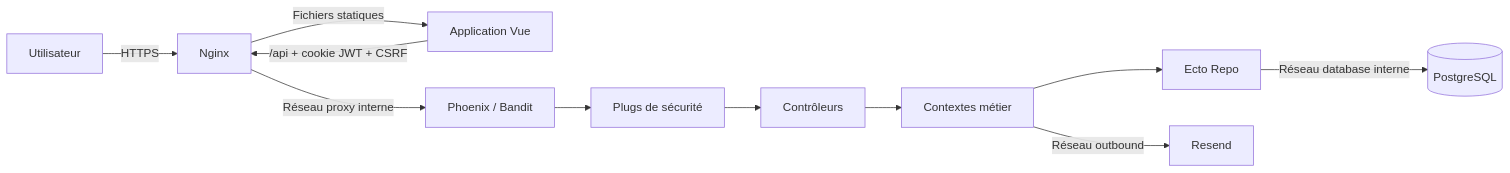
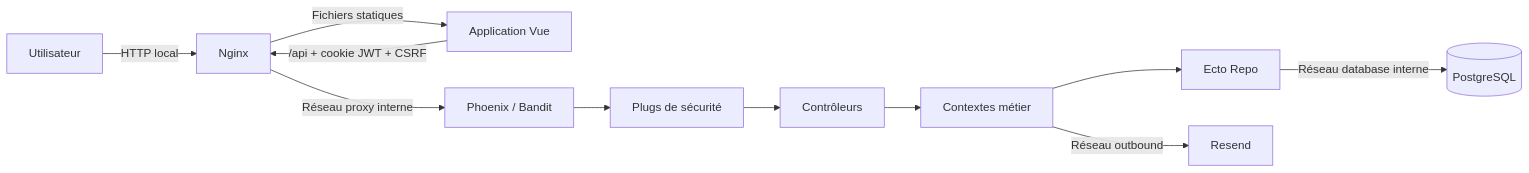
Before and after one commit to Kalambodaniel143/Time_Manager_Mirror: the diagram in docs/index.md, drawn with Mermaid. The commit also changed other lines of this file and 13 other files, not shown here.

````diff
--- a/docs/index.md
+++ b/docs/index.md
@@ -44,13 +44,13 @@
 ```mermaid
 flowchart LR
-    U[Utilisateur] -->|HTTPS| N[Nginx]
+    U[Utilisateur] -->|HTTP local| N[Nginx]
     N -->|Fichiers statiques| V[Application Vue]
     V -->|/api + cookie JWT + CSRF| N
     N -->|Réseau proxy interne| P[Phoenix / Bandit]
     P --> A[Plugs de sécurité]
     A --> C[Contrôleurs]
     C --> D[Contextes métier]
     D --> E[Ecto Repo]
     E -->|Réseau database interne| DB[(PostgreSQL)]
     D -->|Réseau outbound| M[Resend]
 ```
````
